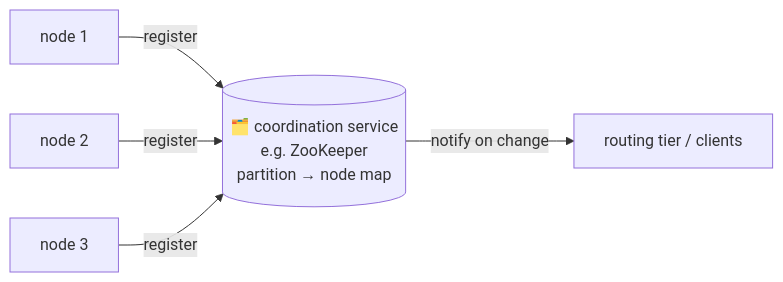
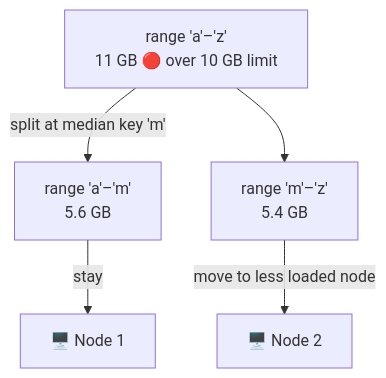
Before and after one commit to pratikguru998/ddia-book: diagram 18 of 26 in docs/chapters/part-2/06-partitioning.mdx, drawn with Mermaid. The commit also changed other lines of this file and 13 other files, not shown here.

Commit message:
Expand all 12 chapters: every book subsection, deeper notes, ~320 diagrams

````diff
--- a/docs/chapters/part-2/06-partitioning.mdx
+++ b/docs/chapters/part-2/06-partitioning.mdx
@@ -177,7 +706,7 @@
 ```mermaid
-flowchart LR
-  N1["node 1"] -->|"register"| ZK[("🗂️ coordination service<br/>e.g. ZooKeeper<br/>partition → node map")]
-  N2["node 2"] -->|"register"| ZK
-  N3["node 3"] -->|"register"| ZK
-  ZK -->|"notify on change"| RT["routing tier / clients"]
+flowchart TB
+  P["range 'a'–'z'<br/>11 GB 🔴 over 10 GB limit"] -->|"split at median key 'm'"| L["range 'a'–'m'<br/>5.6 GB"]
+  P --> R["range 'm'–'z'<br/>5.4 GB"]
+  R -->|"move to less loaded node"| N2["🖥️ Node 2"]
+  L -->|"stay"| N1["🖥️ Node 1"]
 ```
````
